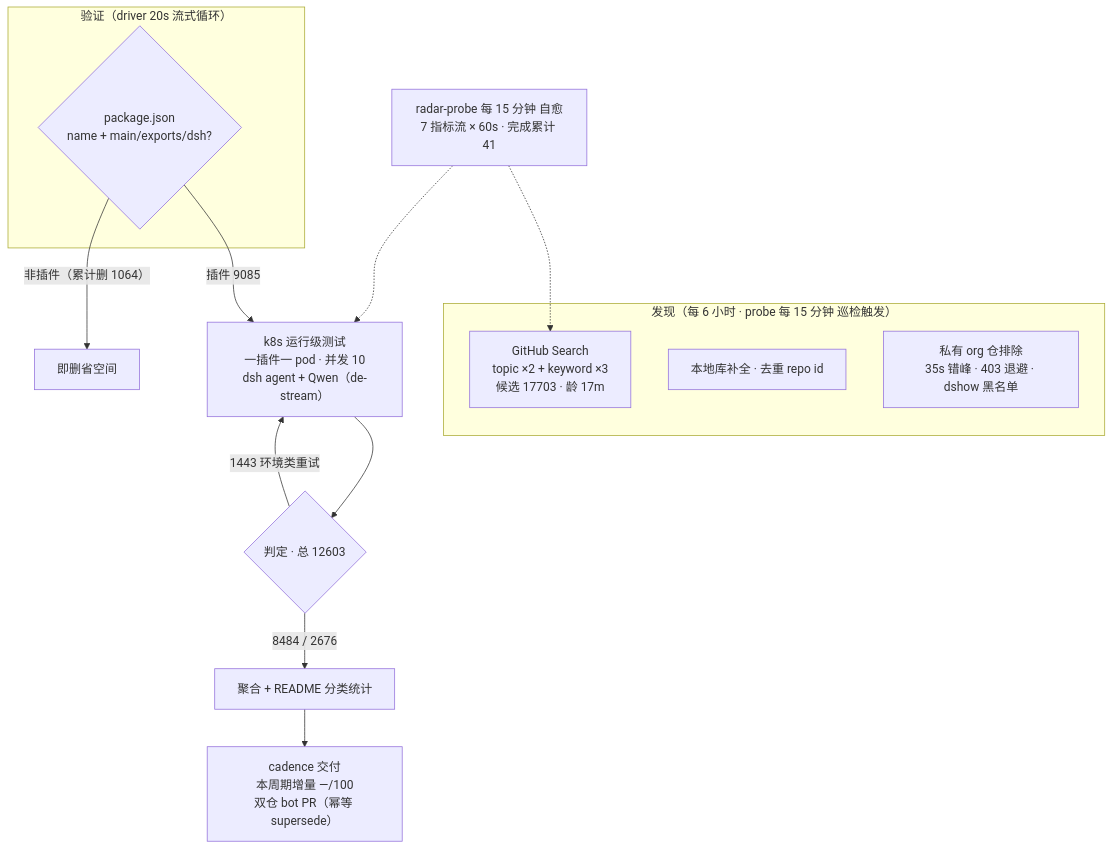
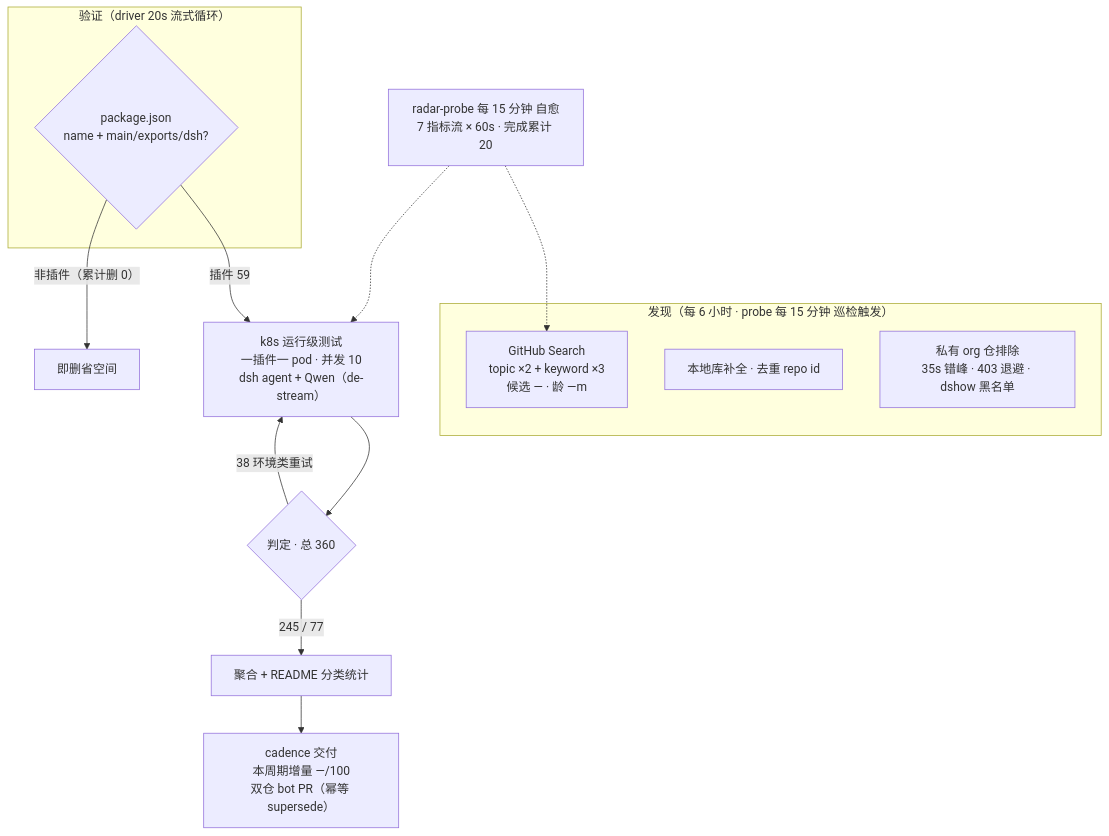
One commit to AdamPlatin123/awesome-dsh-plugins changed the diagram in README.md. Above: the diagram before and after it, drawn with Mermaid. The commit also changed other lines of this file and 5 other files, not shown here.

````diff
--- a/README.md
+++ b/README.md
@@ -52,20 +52,20 @@
 ```mermaid
 flowchart TB
     subgraph Discovery["发现（每 6 小时 · probe 每 15 分钟 巡检触发）"]
-        A1["GitHub Search<br/>topic ×2 + keyword ×3<br/>候选 17703 · 龄 17m"]
+        A1["GitHub Search<br/>topic ×2 + keyword ×3<br/>候选 — · 龄 —m"]
         A2["本地库补全 · 去重 repo id"]
         A3["私有 org 仓排除<br/>35s 错峰 · 403 退避 · dshow 黑名单"]
     end
     subgraph Validation["验证（driver 20s 流式循环）"]
         B1{"package.json<br/>name + main/exports/dsh?"}
     end
-    B1 -->|"插件 9085"| C1["k8s 运行级测试<br/>一插件一 pod · 并发 10<br/>dsh agent + Qwen（de-stream）"]
-    B1 -->|"非插件（累计删 1064）"| B3["即删省空间"]
-    C1 --> D1{"判定 · 总 12603"}
-    D1 -->|"8484 / 2676"| E1["聚合 + README 分类统计"]
-    D1 -->|"1443 环境类重试"| C1
+    B1 -->|"插件 59"| C1["k8s 运行级测试<br/>一插件一 pod · 并发 10<br/>dsh agent + Qwen（de-stream）"]
+    B1 -->|"非插件（累计删 0）"| B3["即删省空间"]
+    C1 --> D1{"判定 · 总 360"}
+    D1 -->|"245 / 77"| E1["聚合 + README 分类统计"]
+    D1 -->|"38 环境类重试"| C1
     E1 --> E2["cadence 交付<br/>本周期增量 —/100<br/>双仓 bot PR（幂等 supersede）"]
-    M["radar-probe 每 15 分钟 自愈<br/>7 指标流 × 60s · 完成累计 41"]
+    M["radar-probe 每 15 分钟 自愈<br/>7 指标流 × 60s · 完成累计 20"]
     M -.-> A1
     M -.-> C1
 ```
````
